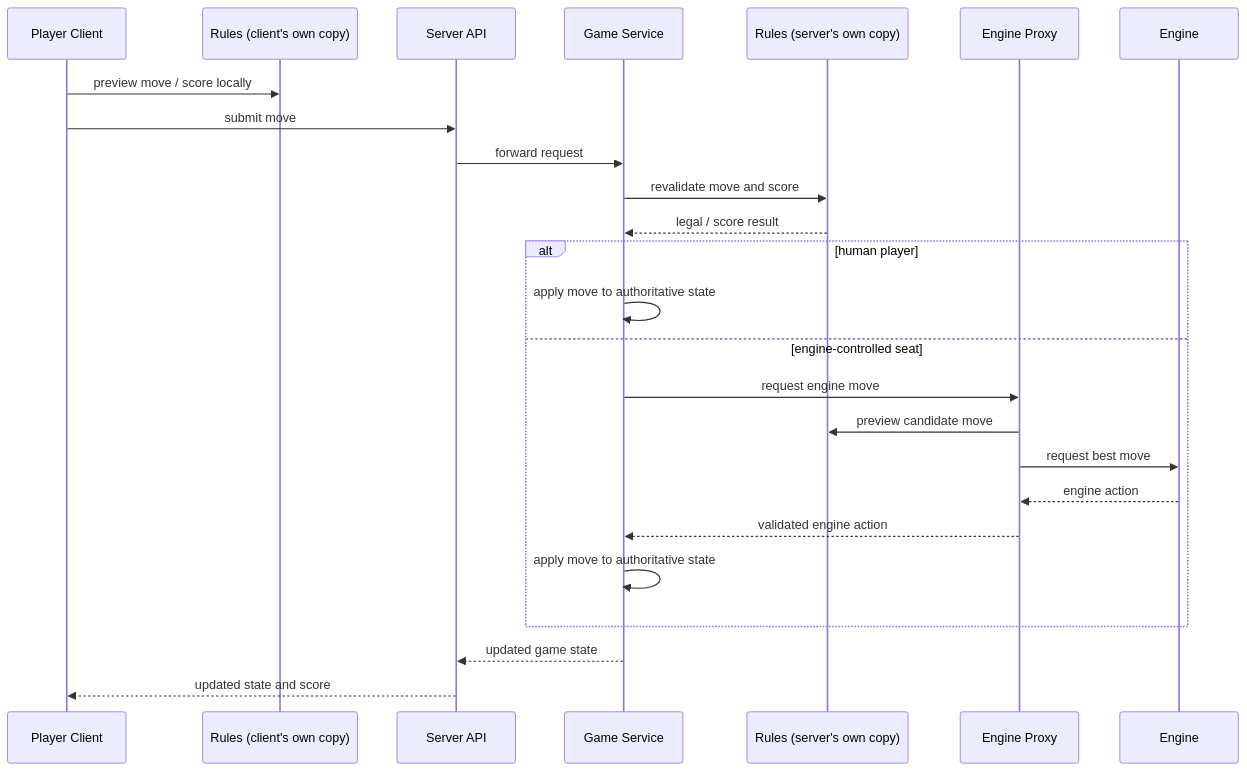
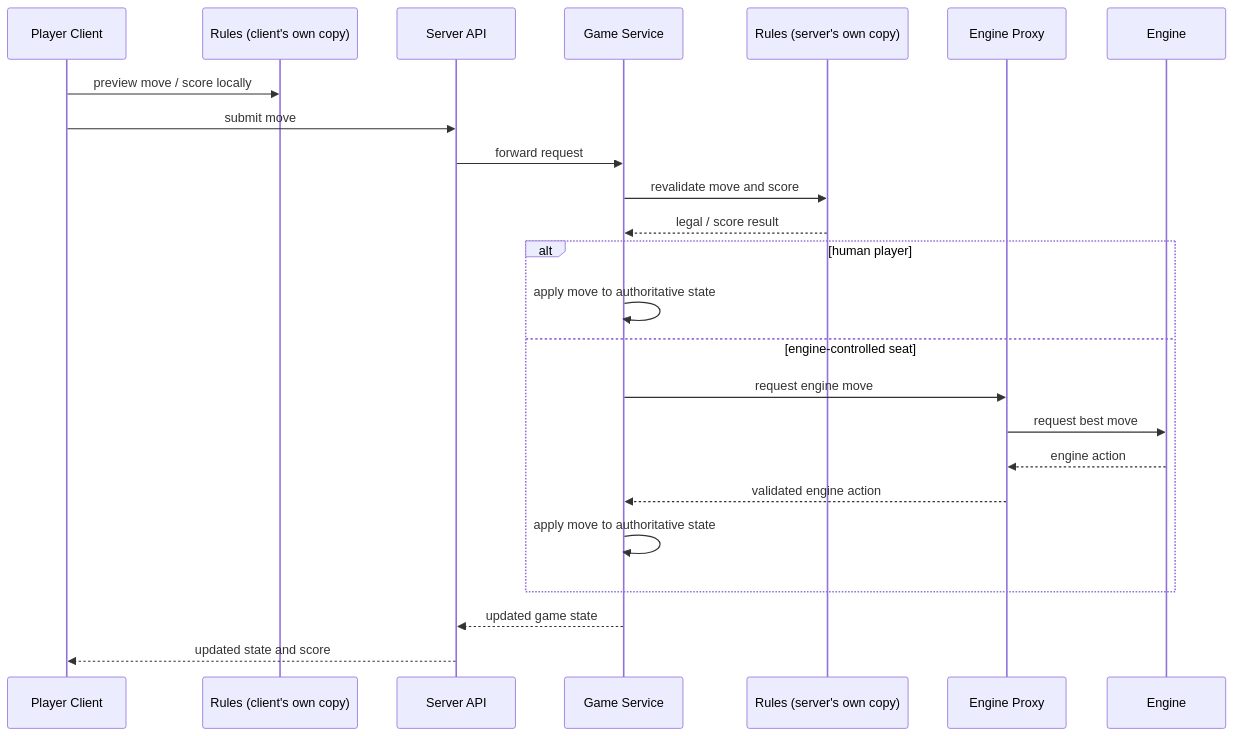
Before and after one commit to delphside/tile-lite-elite: the diagram in docs/4.1.2-components-and-interactions.md, drawn with Mermaid. The commit also changed other lines of this file and 5 other files, not shown here.

````diff
--- a/docs/4.1.2-components-and-interactions.md
+++ b/docs/4.1.2-components-and-interactions.md
@@ -63,28 +15,27 @@
 ```mermaid
 sequenceDiagram
   participant P as Player Client
   participant RC as Rules (client's own copy)
   participant S as Server API
   participant G as Game Service
   participant RS as Rules (server's own copy)
   participant X as Engine Proxy
   participant E as Engine
 
   P->>RC: preview move / score locally
   P->>S: submit move
   S->>G: forward request
   G->>RS: revalidate move and score
   RS-->>G: legal / score result
   alt human player
     G->>G: apply move to authoritative state
   else engine-controlled seat
     G->>X: request engine move
-    X->>RS: preview candidate move
     X->>E: request best move
     E-->>X: engine action
     X-->>G: validated engine action
     G->>G: apply move to authoritative state
   end
   G-->>S: updated game state
   S-->>P: updated state and score
 ```
````
